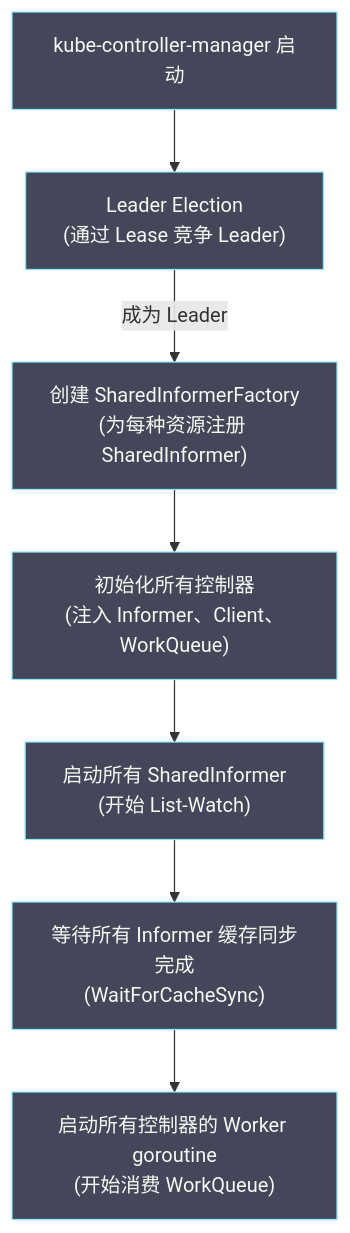
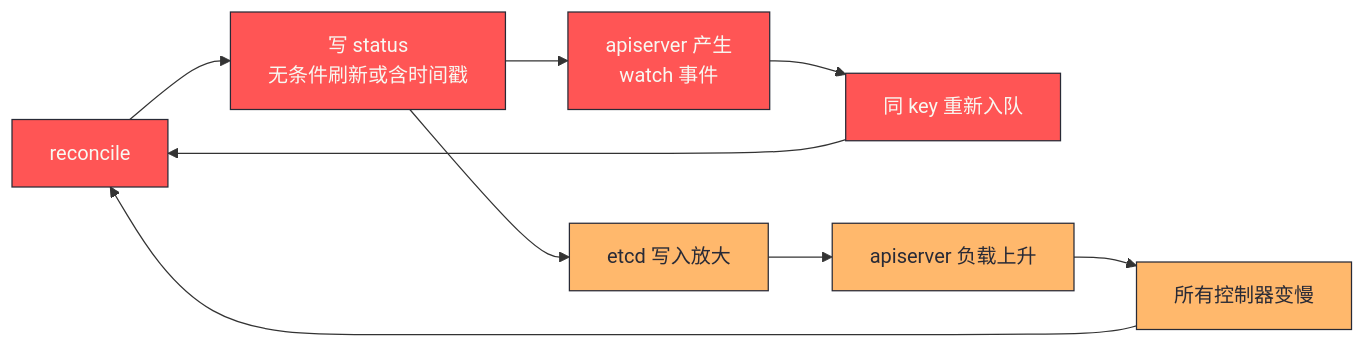
Before and after one commit to hpliStartAgain/my-brain: the sixth of 6 diagrams in content/云原生/Kubernetes/kubernetes控制器和调度器/01 控制器模式与协调循环.md, drawn with Mermaid. The commit also changed other lines of this file and 259 other files, not shown here.

````diff
--- a/content/云原生/Kubernetes/kubernetes控制器和调度器/01 控制器模式与协调循环.md
+++ b/content/云原生/Kubernetes/kubernetes控制器和调度器/01 控制器模式与协调循环.md
@@ -271,13 +523,17 @@
 ```mermaid
 %%{init: {'theme': 'dracula'}}%%
-graph TD
-    START["kube-controller-manager 启动"] --> LE["Leader Election</br>(通过 Lease 竞争 Leader)"]
-    LE -->|"成为 Leader"| FACTORY["创建 SharedInformerFactory</br>(为每种资源注册 SharedInformer)"]
-    FACTORY --> INIT["初始化所有控制器</br>(注入 Informer、Client、WorkQueue)"]
-    INIT --> START_INF["启动所有 SharedInformer</br>(开始 List-Watch)"]
-    START_INF --> WAIT["等待所有 Informer 缓存同步完成</br>(WaitForCacheSync)"]
-    WAIT --> RUN["启动所有控制器的 Worker goroutine</br>(开始消费 WorkQueue)"]
+graph LR
+    RC["reconcile"] --> WR["写 status<br/>无条件刷新或含时间戳"]
+    WR --> EV["apiserver 产生<br/>watch 事件"]
+    EV --> EN["同 key 重新入队"]
+    EN --> RC
+    WR --> WQ["etcd 写入放大"]
+    WQ --> AP["apiserver 负载上升"]
+    AP --> SL["所有控制器变慢"]
+    SL --> RC
 
-    classDef phase fill:#44475a,stroke:#8be9fd,color:#f8f8f2
-    class START,LE,FACTORY,INIT,START_INF,WAIT,RUN phase
+    classDef loop fill:#ff5555,stroke:#282a36,color:#f8f8f2
+    classDef harm fill:#ffb86c,stroke:#282a36,color:#282a36
+    class RC,WR,EV,EN loop
+    class WQ,AP,SL harm
 ```
````
